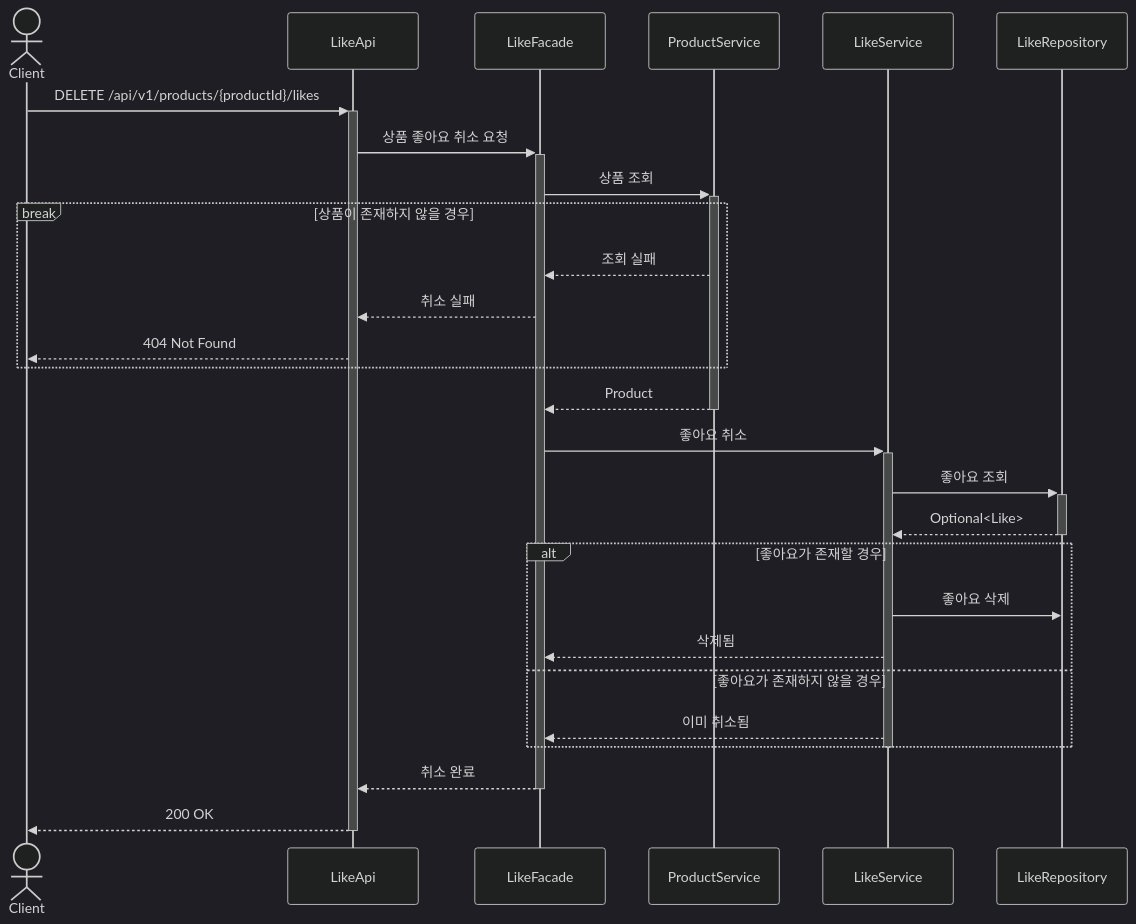
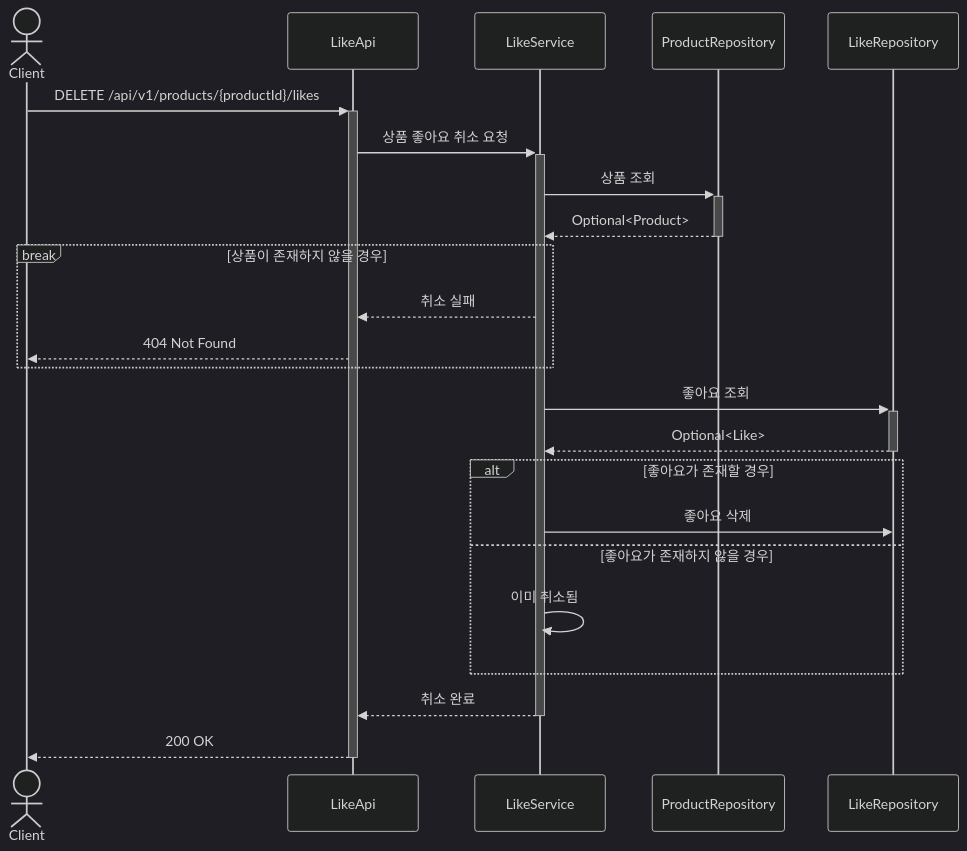
Diagram 17 of 23 in .docs/design/02-sequence-diagrams.md (Loopers-dev-lab/loop-pack-be-l2-vol3-java), drawn with Mermaid (dark theme) before and after one commit. The commit also changed other lines of this file, not shown here.

First line of the commit message:
docs: 시퀀스 다이어그램에서 Facade 제거 및 Service 직접 호출 구조로 수정

````diff
--- a/.docs/design/02-sequence-diagrams.md
+++ b/.docs/design/02-sequence-diagrams.md
@@ -602,36 +565,31 @@
 ```mermaid
 sequenceDiagram
     actor Client
     participant LikeApi
-    participant LikeFacade
-    participant ProductService
     participant LikeService
+    participant ProductRepository
     participant LikeRepository
 
     Client ->>+ LikeApi: DELETE /api/v1/products/{productId}/likes
-    LikeApi ->>+ LikeFacade: 상품 좋아요 취소 요청
-    LikeFacade ->>+ ProductService: 상품 조회
+    LikeApi ->>+ LikeService: 상품 좋아요 취소 요청
+
+    LikeService ->>+ ProductRepository: 상품 조회
+    ProductRepository -->>- LikeService: Optional<Product>
 
     break 상품이 존재하지 않을 경우
-        ProductService -->> LikeFacade: 조회 실패
-        LikeFacade -->> LikeApi: 취소 실패
+        LikeService -->> LikeApi: 취소 실패
         LikeApi -->> Client: 404 Not Found
     end
 
-    ProductService -->>- LikeFacade: Product
-
-    LikeFacade ->>+ LikeService: 좋아요 취소
     LikeService ->>+ LikeRepository: 좋아요 조회
     LikeRepository -->>- LikeService: Optional<Like>
 
     alt 좋아요가 존재할 경우
         LikeService ->> LikeRepository: 좋아요 삭제
-        LikeService -->> LikeFacade: 삭제됨
     else 좋아요가 존재하지 않을 경우
-        LikeService -->> LikeFacade: 이미 취소됨
+        LikeService ->> LikeService: 이미 취소됨
     end
-    deactivate LikeService
 
-    LikeFacade -->>- LikeApi: 취소 완료
+    LikeService -->>- LikeApi: 취소 완료
     LikeApi -->>- Client: 200 OK
 ```
````
